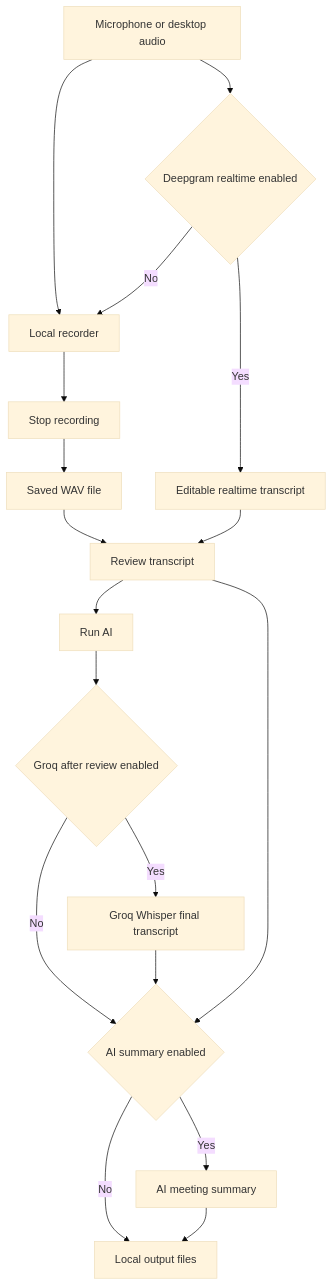
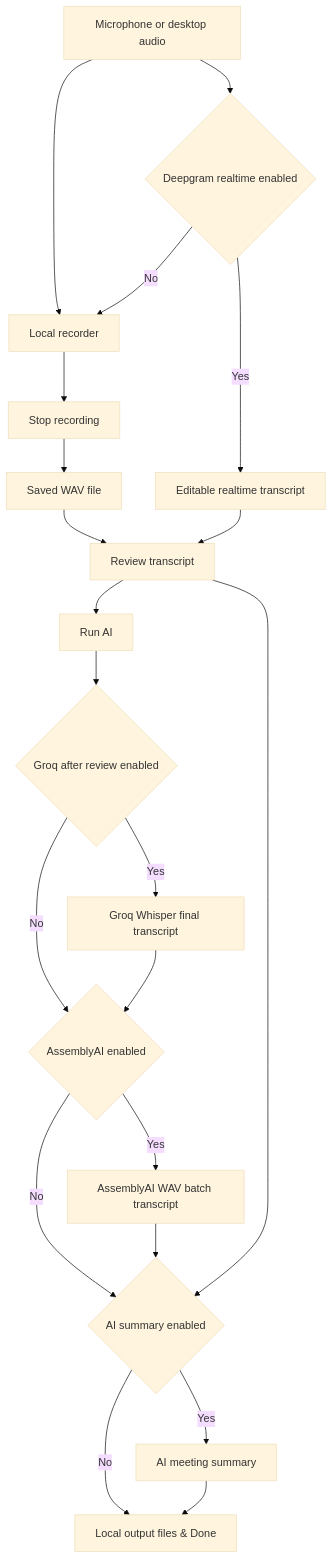
One commit to Hilmi-Raif/Realtime-Meeting-Speech-To-Text-AI-Summary-Recorder changed the diagram in README.md. Above: the diagram before and after it, drawn with Mermaid (base theme). The commit also changed other lines of this file and 18 other files, not shown here.

Commit message:
feat: add AssemblyAI batch transcription and step retry controls

````diff
--- a/README.md
+++ b/README.md
@@ -179,20 +187,23 @@
 ```mermaid
 flowchart TD
     A[Microphone or desktop audio] --> B[Local recorder]
     A --> C{Deepgram realtime enabled}
     C -->|Yes| D[Editable realtime transcript]
     C -->|No| B
     B --> E[Stop recording]
     E --> F[Saved WAV file]
     F --> G[Review transcript]
     D --> G
     G --> H[Run AI]
     H --> I{Groq after review enabled}
     I -->|Yes| J[Groq Whisper final transcript]
-    I -->|No| L{AI summary enabled}
-    J --> L
-    G --> L
-    L -->|Yes| M[AI meeting summary]
-    L -->|No| N[Local output files]
-    M --> N
+    I -->|No| K{AssemblyAI enabled}
+    J --> K
+    K -->|Yes| L[AssemblyAI WAV batch transcript]
+    K -->|No| M{AI summary enabled}
+    L --> M
+    G --> M
+    M -->|Yes| N[AI meeting summary]
+    M -->|No| O[Local output files & Done]
+    N --> O
 ```
````
